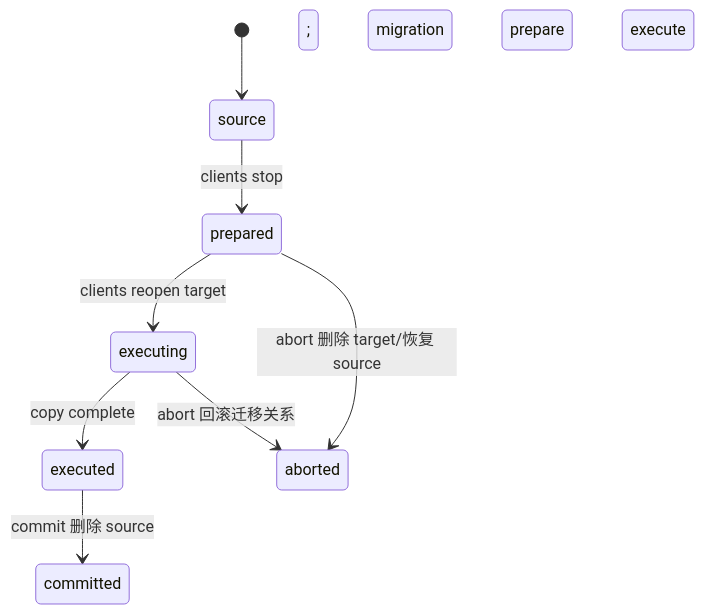
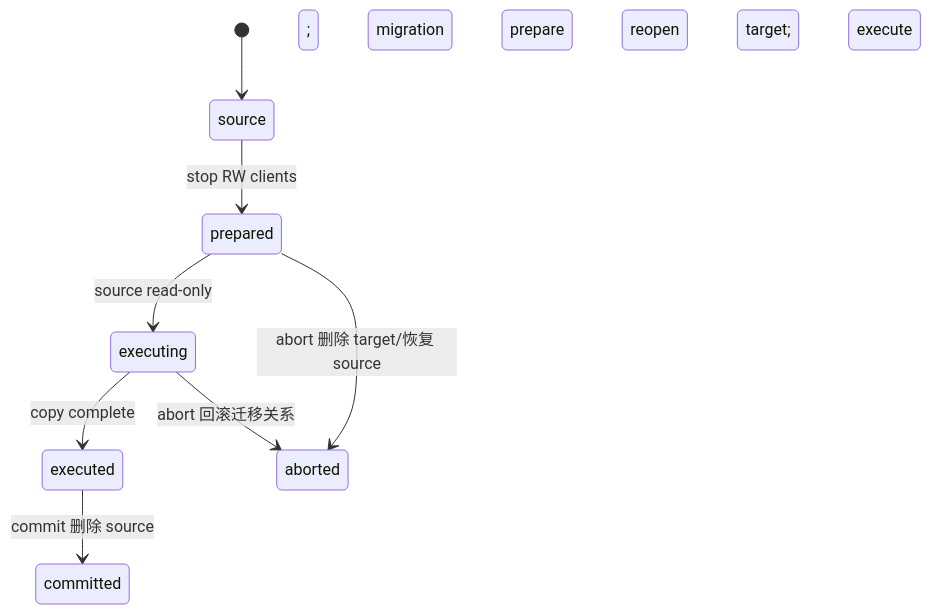
Before and after one commit to brinnatt/kubeauto: the eighth of 9 diagrams in docs/storage/ceph/05-rbd.md, drawn with Mermaid. The commit also changed other lines of this file and 1 other file, not shown here.

````diff
--- a/docs/storage/ceph/05-rbd.md
+++ b/docs/storage/ceph/05-rbd.md
@@ -297,10 +375,10 @@
 ```mermaid
 stateDiagram-v2
   [*] --> source
-  source --> prepared: clients stop; migration prepare
-  prepared --> executing: clients reopen target; execute
+  source --> prepared: stop RW clients; migration prepare
+  prepared --> executing: source read-only; reopen target; execute
   executing --> executed: copy complete
   executed --> committed: commit 删除 source
   prepared --> aborted: abort 删除 target/恢复 source
   executing --> aborted: abort 回滚迁移关系
 ```
````
